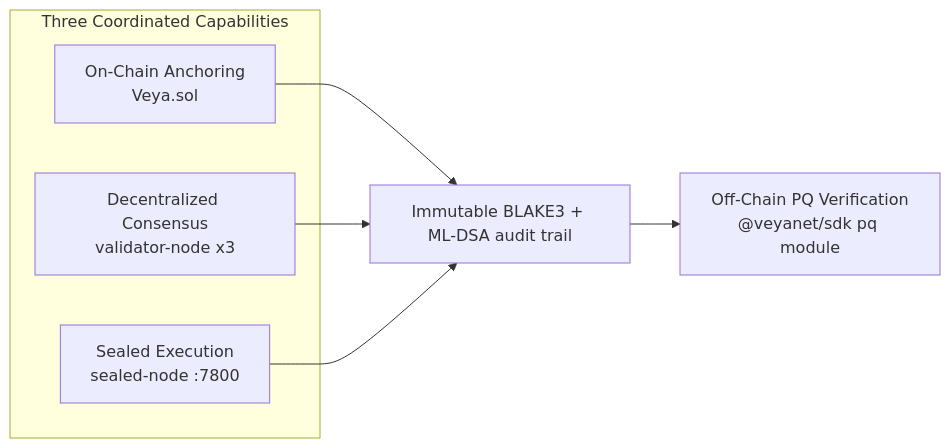
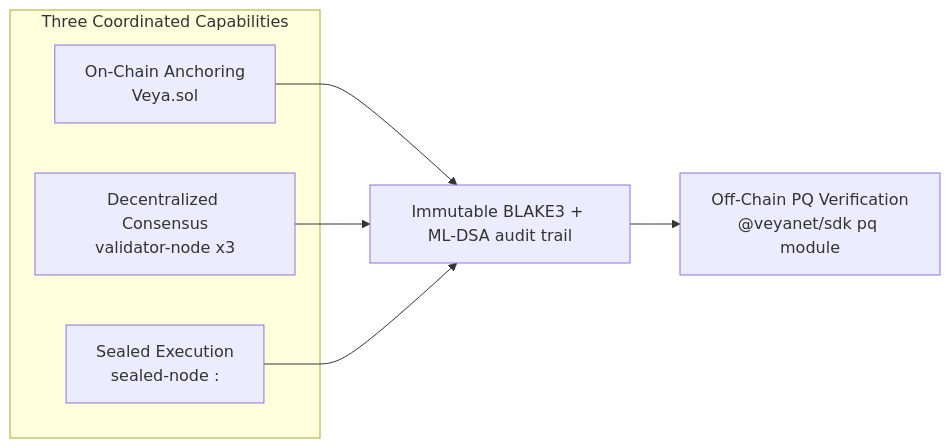
One commit to veyanet/veya-sdk changed the first of 13 diagrams in docs/ARCHITECTURE.md. Above: the diagram before and after it, drawn with Mermaid. The commit also changed other lines of this file, not shown here.

Commit message:
docs: describe mainnet default in architecture notes

````diff
--- a/docs/ARCHITECTURE.md
+++ b/docs/ARCHITECTURE.md
@@ -68,12 +70,12 @@
 ```mermaid
 flowchart LR
     subgraph Capabilities["Three Coordinated Capabilities"]
         A["On-Chain Anchoring\nVeya.sol"]
         B["Decentralized Consensus\nvalidator-node x3"]
-        C["Sealed Execution\nsealed-node :7800"]
+        C["Sealed Execution\nsealed-node :<sealed-port>"]
     end
     A --> D["Immutable BLAKE3 + ML-DSA audit trail"]
     B --> D
     C --> D
     D --> E["Off-Chain PQ Verification\n@veyanet/sdk pq module"]
 ```
````
